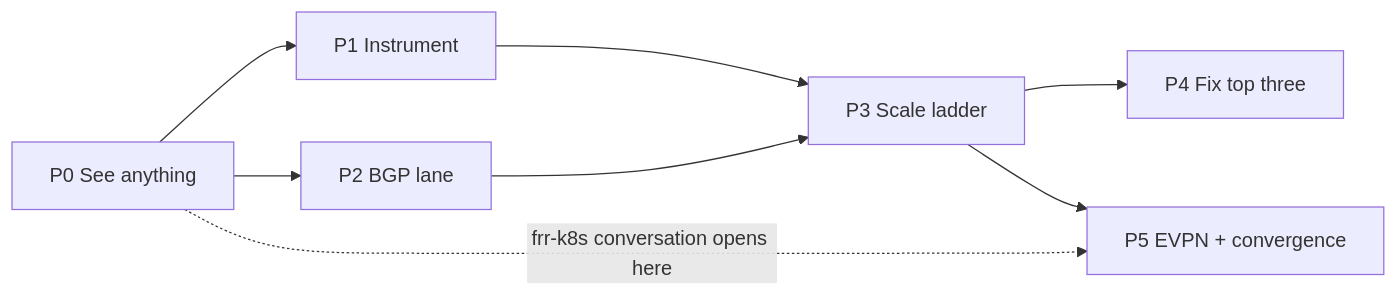
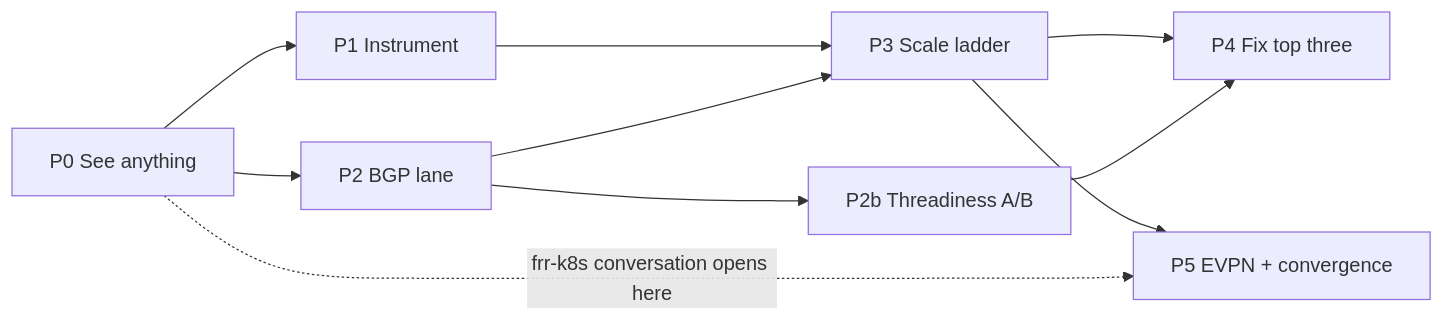
One commit to raphaelvrosa/ovn-kubernetes-up changed the diagram in docs/perf-scale/bgp-evpn/05-roadmap.md. Above: the diagram before and after it, drawn with Mermaid. The commit also changed other lines of this file and 2 other files, not shown here.

First line of the commit message:
docs: fold the second lane run into the bottleneck set and roadmap

````diff
--- a/docs/perf-scale/bgp-evpn/05-roadmap.md
+++ b/docs/perf-scale/bgp-evpn/05-roadmap.md
@@ -23,10 +24,12 @@
 ```mermaid
 graph LR
     P0[P0 See anything] --> P1[P1 Instrument]
     P0 --> P2[P2 BGP lane]
     P1 --> P3[P3 Scale ladder]
     P2 --> P3
+    P2 --> P2b[P2b Threadiness A/B]
     P3 --> P4[P4 Fix top three]
     P3 --> P5[P5 EVPN + convergence]
+    P2b --> P4
     P0 -.frr-k8s conversation opens here.-> P5
 ```
````
